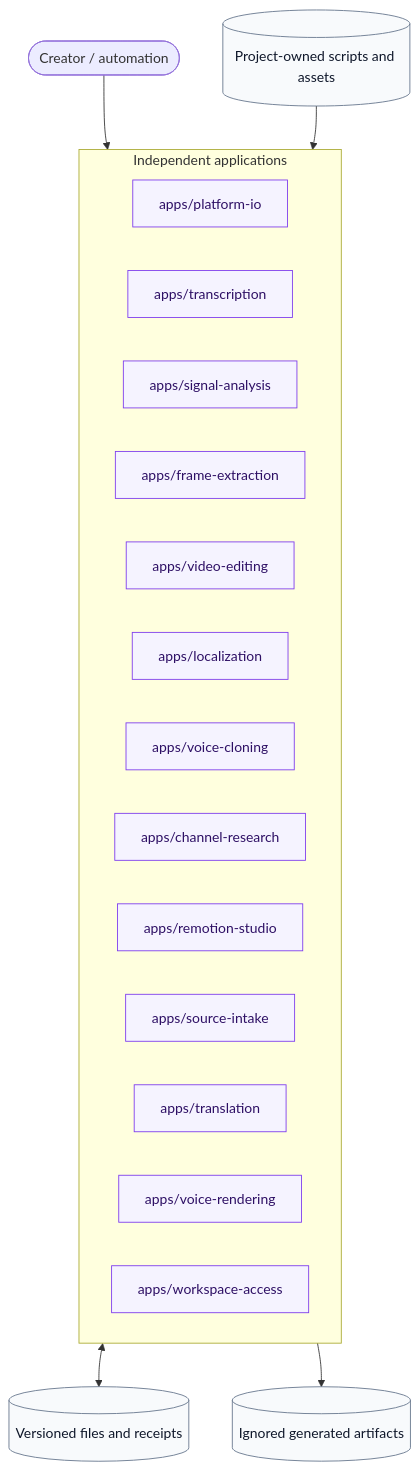
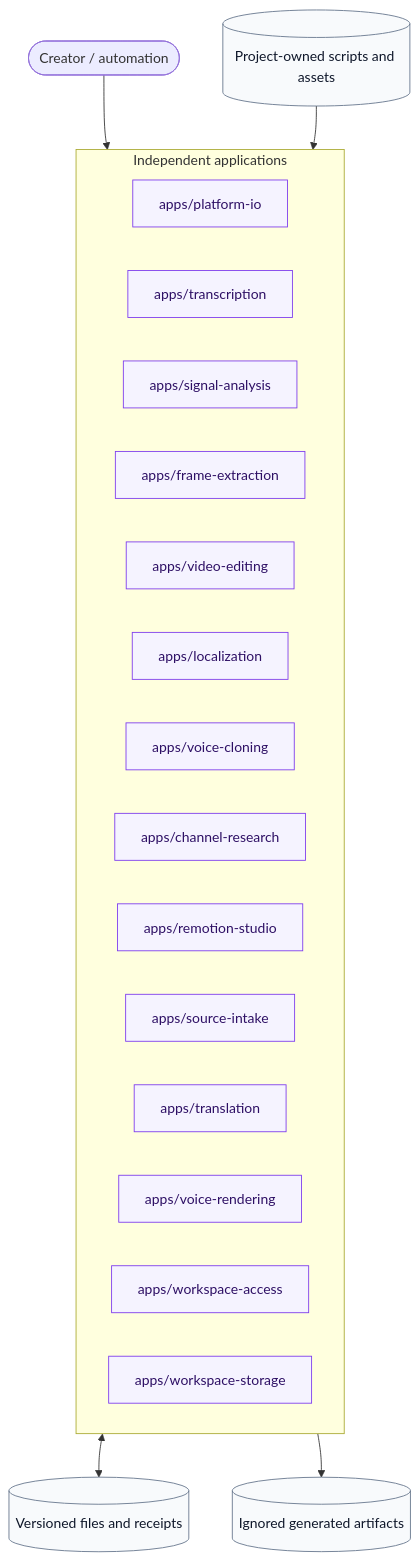
One commit to wohuishuo/cc-video-pipeline changed the second of 2 diagrams in README.md. Above: the diagram before and after it, drawn with Mermaid. The commit also changed other lines of this file and 31 other files, not shown here.

Commit message:
feat(storage): add workspace namespace MVP

````diff
--- a/README.md
+++ b/README.md
@@ -75,32 +76,33 @@
 ```mermaid
 flowchart TB
     user([Creator / automation])
     subgraph apps[Independent applications]
       A[apps/platform-io]
       B[apps/transcription]
       C[apps/signal-analysis]
       D[apps/frame-extraction]
       E[apps/video-editing]
       F[apps/localization]
       G[apps/voice-cloning]
       H[apps/channel-research]
       I[apps/remotion-studio]
       J[apps/source-intake]
       K[apps/translation]
       L[apps/voice-rendering]
       M[apps/workspace-access]
+      N[apps/workspace-storage]
     end
     contracts[(Versioned files and receipts)]
     projects[(Project-owned scripts and assets)]
     outputs[(Ignored generated artifacts)]
 
     user --> apps
     apps <--> contracts
     projects --> apps
     apps --> outputs
 
     classDef boundary fill:#f5f3ff,stroke:#7c3aed,color:#2e1065;
     classDef data fill:#f8fafc,stroke:#64748b,color:#0f172a;
-    class A,B,C,D,E,F,G,H,I,J,K,L,M boundary;
+    class A,B,C,D,E,F,G,H,I,J,K,L,M,N boundary;
     class contracts,projects,outputs data;
 ```
````
